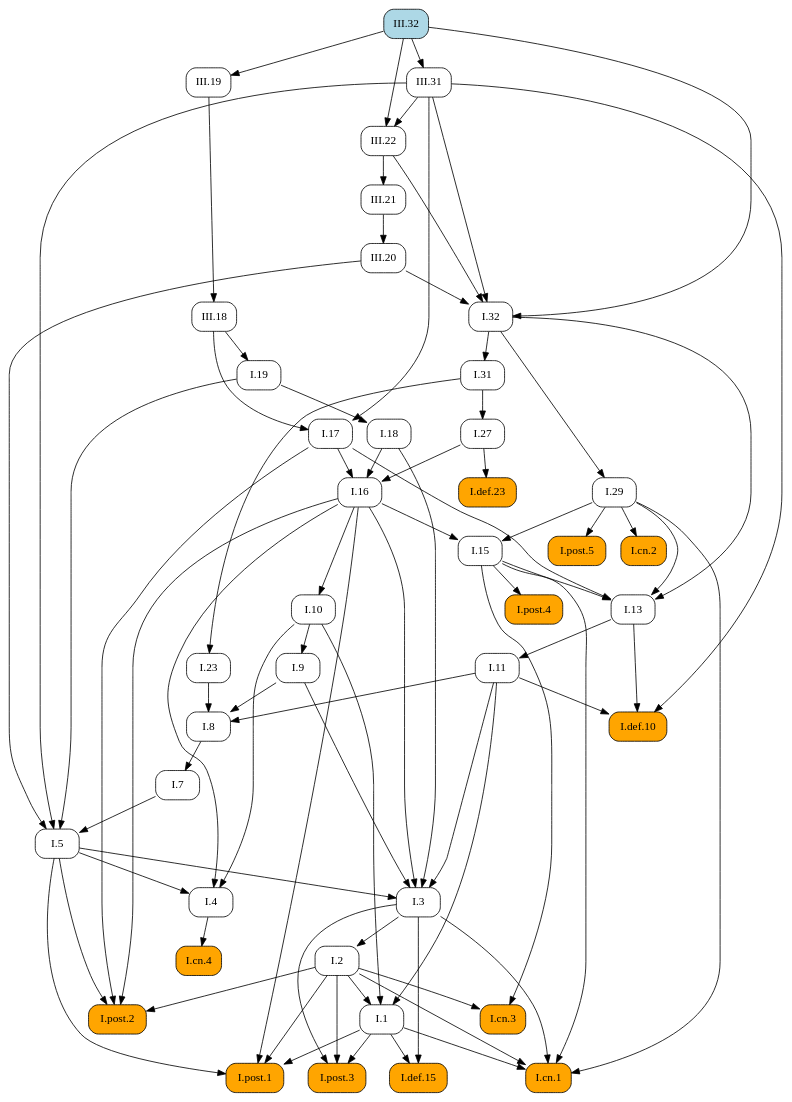
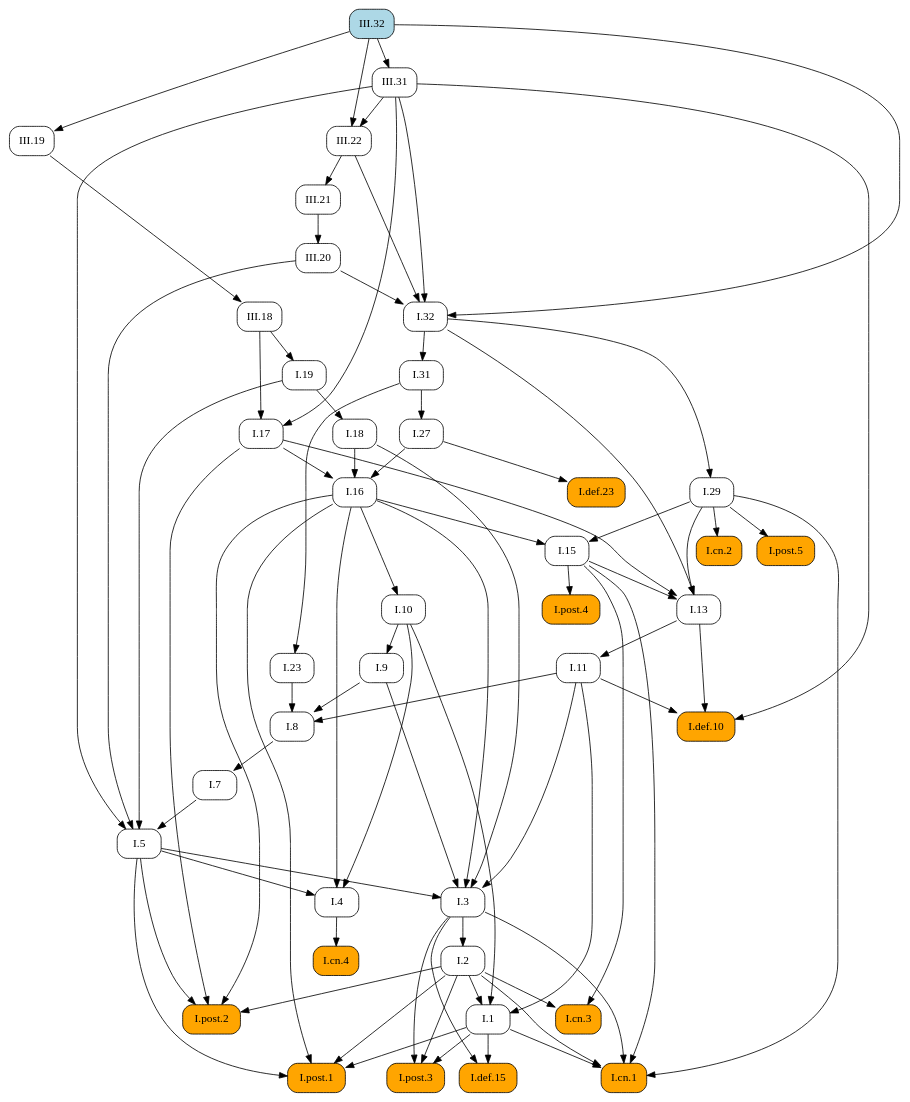
Before and after one commit to geometor/elements: the diagram in docsrc/elements2/III/32/index.rst, drawn with Graphviz. The commit also changed other lines of this file and 409 other files, not shown here.

First line of the commit message:
feat: Add image cropping and graphic extraction script

```diff
--- a/docsrc/elements2/III/32/index.rst
+++ b/docsrc/elements2/III/32/index.rst
@@ -60,123 +60,123 @@
    digraph {
      rankdir="TB";
      node [shape=box, style=rounded];
+     "III.18" [URL="/elements2/III/18/", target="_top"];
+     "I.31" [URL="/elements2/I/31/", target="_top"];
      "I.8" [URL="/elements2/I/8/", target="_top"];
+     "I.5" [URL="/elements2/I/5/", target="_top"];
+     "I.15" [URL="/elements2/I/15/", target="_top"];
+     "I.17" [URL="/elements2/I/17/", target="_top"];
+     "I.cn.1" [style="rounded,filled", fillcolor=orange, URL="/elements2/I/cn.1/", target="_top"];
      "I.32" [URL="/elements2/I/32/", target="_top"];
-     "I.post.1" [style="rounded,filled", fillcolor=orange, URL="/elements2/I/post.1/", target="_top"];
-     "I.5" [URL="/elements2/I/5/", target="_top"];
-     "I.post.5" [style="rounded,filled", fillcolor=orange, URL="/elements2/I/post.5/", target="_top"];
-     "I.def.10" [style="rounded,filled", fillcolor=orange, URL="/elements2/I/def.10/", target="_top"];
-     "I.cn.2" [style="rounded,filled", fillcolor=orange, URL="/elements2/I/cn.2/", target="_top"];
-     "III.22" [URL="/elements2/III/22/", target="_top"];
+     "I.7" [URL="/elements2/I/7/", target="_top"];
+     "I.23" [URL="/elements2/I/23/", target="_top"];
+     "I.16" [URL="/elements2/I/16/", target="_top"];
+     "III.20" [URL="/elements2/III/20/", target="_top"];
+     "III.19" [URL="/elements2/III/19/", target="_top"];
      "I.def.15" [style="rounded,filled", fillcolor=orange, URL="/elements2/I/def.15/", target="_top"];
      "III.31" [URL="/elements2/III/31/", target="_top"];
-     "I.31" [URL="/elements2/I/31/", target="_top"];
+     "I.19" [URL="/elements2/I/19/", target="_top"];
+     "I.def.10" [style="rounded,filled", fillcolor=orange, URL="/elements2/I/def.10/", target="_top"];
      "I.11" [URL="/elements2/I/11/", target="_top"];
-     "I.post.2" [style="rounded,filled", fillcolor=orange, URL="/elements2/I/post.2/", target="_top"];
+     "I.post.4" [style="rounded,filled", fillcolor=orange, URL="/elements2/I/post.4/", target="_top"];
+     "I.def.23" [style="rounded,filled", fillcolor=orange, URL="/elements2/I/def.23/", target="_top"];
+     "I.18" [URL="/elements2/I/18/", target="_top"];
+     "I.post.5" [style="rounded,filled", fillcolor=orange, URL="/elements2/I/post.5/", target="_top"];
      "I.3" [URL="/elements2/I/3/", target="_top"];
-     "I.def.23" [style="rounded,filled", fillcolor=orange, URL="/elements2/I/def.23/", target="_top"];
-     "I.19" [URL="/elements2/I/19/", target="_top"];
-     "I.1" [URL="/elements2/I/1/", target="_top"];
+     "III.22" [URL="/elements2/III/22/", target="_top"];
+     "I.10" [URL="/elements2/I/10/", target="_top"];
+     "III.21" [URL="/elements2/III/21/", target="_top"];
      "I.cn.3" [style="rounded,filled", fillcolor=orange, URL="/elements2/I/cn.3/", target="_top"];
-     "I.cn.4" [style="rounded,filled", fillcolor=orange, URL="/elements2/I/cn.4/", target="_top"];
-     "III.21" [URL="/elements2/III/21/", target="_top"];
-     "III.20" [URL="/elements2/III/20/", target="_top"];
-     "I.17" [URL="/elements2/I/17/", target="_top"];
-     "I.7" [URL="/elements2/I/7/", target="_top"];
+     "I.13" [URL="/elements2/I/13/", target="_top"];
+     "I.4" [URL="/elements2/I/4/", target="_top"];
+     "I.post.3" [style="rounded,filled", fillcolor=orange, URL="/elements2/I/post.3/", target="_top"];
+     "III.32" [style="rounded,filled", fillcolor=lightblue, URL="/elements2/III/32/", target="_top"];
      "I.9" [URL="/elements2/I/9/", target="_top"];
-     "III.32" [style="rounded,filled", fillcolor=lightblue, URL="/elements2/III/32/", target="_top"];
-     "I.cn.1" [style="rounded,filled", fillcolor=orange, URL="/elements2/I/cn.1/", target="_top"];
      "I.29" [URL="/elements2/I/29/", target="_top"];
-     "III.19" [URL="/elements2/III/19/", target="_top"];
-     "I.16" [URL="/elements2/I/16/", target="_top"];
-     "I.13" [URL="/elements2/I/13/", target="_top"];
-     "I.post.4" [style="rounded,filled", fillcolor=orange, URL="/elements2/I/post.4/", target="_top"];
-     "I.18" [URL="/elements2/I/18/", target="_top"];
+     "I.post.1" [style="rounded,filled", fillcolor=orange, URL="/elements2/I/post.1/", target="_top"];
      "I.2" [URL="/elements2/I/2/", target="_top"];
      "I.27" [URL="/elements2/I/27/", target="_top"];
-     "III.18" [URL="/elements2/III/18/", target="_top"];
-     "I.4" [URL="/elements2/I/4/", target="_top"];
-     "I.10" [URL="/elements2/I/10/", target="_top"];
-     "I.15" [URL="/elements2/I/15/", target="_top"];
-     "I.23" [URL="/elements2/I/23/", target="_top"];
-     "I.post.3" [style="rounded,filled", fillcolor=orange, URL="/elements2/I/post.3/", target="_top"];
+     "I.1" [URL="/elements2/I/1/", target="_top"];
+     "I.cn.2" [style="rounded,filled", fillcolor=orange, URL="/elements2/I/cn.2/", target="_top"];
+     "I.cn.4" [style="rounded,filled", fillcolor=orange, URL="/elements2/I/cn.4/", target="_top"];
+     "I.post.2" [style="rounded,filled", fillcolor=orange, URL="/elements2/I/post.2/", target="_top"];
+     "III.19" -> "III.18";
+     "I.32" -> "I.31";
      "I.9" -> "I.8";
      "I.11" -> "I.8";
      "I.23" -> "I.8";
+     "I.7" -> "I.5";
+     "I.19" -> "I.5";
+     "III.20" -> "I.5";
+     "III.31" -> "I.5";
+     "I.16" -> "I.15";
+     "I.29" -> "I.15";
+     "III.18" -> "I.17";
+     "III.31" -> "I.17";
+     "I.1" -> "I.cn.1";
+     "I.2" -> "I.cn.1";
+     "I.3" -> "I.cn.1";
+     "I.15" -> "I.cn.1";
+     "I.29" -> "I.cn.1";
      "III.20" -> "I.32";
      "III.22" -> "I.32";
      "III.31" -> "I.32";
      "III.32" -> "I.32";
-     "I.1" -> "I.post.1";
-     "I.2" -> "I.post.1";
-     "I.5" -> "I.post.1";
-     "I.16" -> "I.post.1";
-     "I.7" -> "I.5";
-     "I.19" -> "I.5";
-     "III.20" -> "I.5";
-     "III.31" -> "I.5";
-     "I.29" -> "I.post.5";
+     "I.8" -> "I.7";
+     "I.31" -> "I.23";
+     "I.17" -> "I.16";
+     "I.18" -> "I.16";
+     "I.27" -> "I.16";
+     "III.21" -> "III.20";
+     "III.32" -> "III.19";
+     "I.1" -> "I.def.15";
+     "I.3" -> "I.def.15";
+     "III.32" -> "III.31";
+     "III.18" -> "I.19";
      "I.11" -> "I.def.10";
      "I.13" -> "I.def.10";
      "III.31" -> "I.def.10";
-     "I.29" -> "I.cn.2";
-     "III.31" -> "III.22";
-     "III.32" -> "III.22";
-     "I.1" -> "I.def.15";
-     "I.3" -> "I.def.15";
-     "III.32" -> "III.31";
-     "I.32" -> "I.31";
      "I.13" -> "I.11";
-     "I.2" -> "I.post.2";
-     "I.5" -> "I.post.2";
-     "I.16" -> "I.post.2";
-     "I.17" -> "I.post.2";
+     "I.15" -> "I.post.4";
+     "I.27" -> "I.def.23";
+     "I.19" -> "I.18";
+     "I.29" -> "I.post.5";
      "I.5" -> "I.3";
      "I.9" -> "I.3";
      "I.11" -> "I.3";
      "I.16" -> "I.3";
      "I.18" -> "I.3";
-     "I.27" -> "I.def.23";
-     "III.18" -> "I.19";
-     "I.2" -> "I.1";
-     "I.10" -> "I.1";
-     "I.11" -> "I.1";
+     "III.31" -> "III.22";
+     "III.32" -> "III.22";
+     "I.16" -> "I.10";
+     "III.22" -> "III.21";
      "I.2" -> "I.cn.3";
      "I.15" -> "I.cn.3";
-     "I.4" -> "I.cn.4";
-     "III.22" -> "III.21";
-     "III.21" -> "III.20";
-     "III.18" -> "I.17";
-     "III.31" -> "I.17";
-     "I.8" -> "I.7";
-     "I.10" -> "I.9";
-     "I.1" -> "I.cn.1";
-     "I.2" -> "I.cn.1";
-     "I.3" -> "I.cn.1";
-     "I.15" -> "I.cn.1";
-     "I.29" -> "I.cn.1";
-     "I.32" -> "I.29";
-     "III.32" -> "III.19";
-     "I.17" -> "I.16";
-     "I.18" -> "I.16";
-     "I.27" -> "I.16";
      "I.15" -> "I.13";
      "I.17" -> "I.13";
      "I.29" -> "I.13";
      "I.32" -> "I.13";
-     "I.15" -> "I.post.4";
-     "I.19" -> "I.18";
-     "I.3" -> "I.2";
-     "I.31" -> "I.27";
-     "III.19" -> "III.18";
      "I.5" -> "I.4";
      "I.10" -> "I.4";
      "I.16" -> "I.4";
-     "I.16" -> "I.10";
-     "I.16" -> "I.15";
-     "I.29" -> "I.15";
-     "I.31" -> "I.23";
      "I.1" -> "I.post.3";
      "I.2" -> "I.post.3";
      "I.3" -> "I.post.3";
+     "I.10" -> "I.9";
+     "I.32" -> "I.29";
+     "I.1" -> "I.post.1";
+     "I.2" -> "I.post.1";
+     "I.5" -> "I.post.1";
+     "I.16" -> "I.post.1";
+     "I.3" -> "I.2";
+     "I.31" -> "I.27";
+     "I.2" -> "I.1";
+     "I.10" -> "I.1";
+     "I.11" -> "I.1";
+     "I.29" -> "I.cn.2";
+     "I.4" -> "I.cn.4";
+     "I.2" -> "I.post.2";
+     "I.5" -> "I.post.2";
+     "I.16" -> "I.post.2";
+     "I.17" -> "I.post.2";
    }
```
